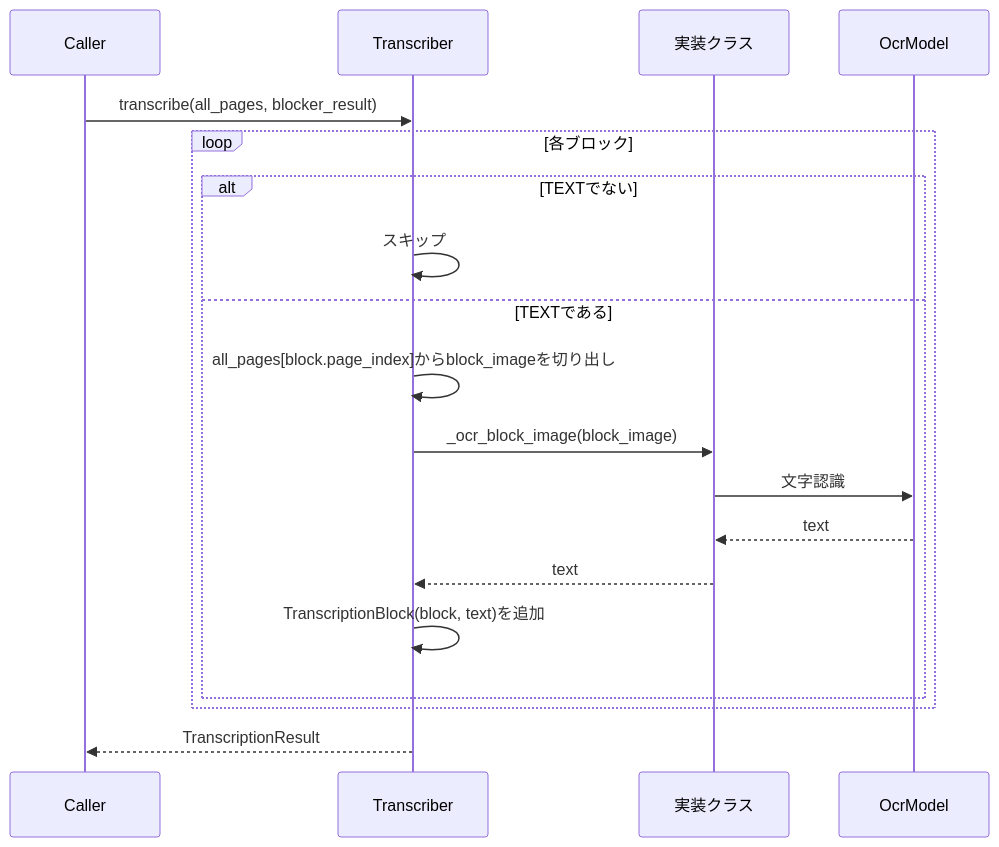
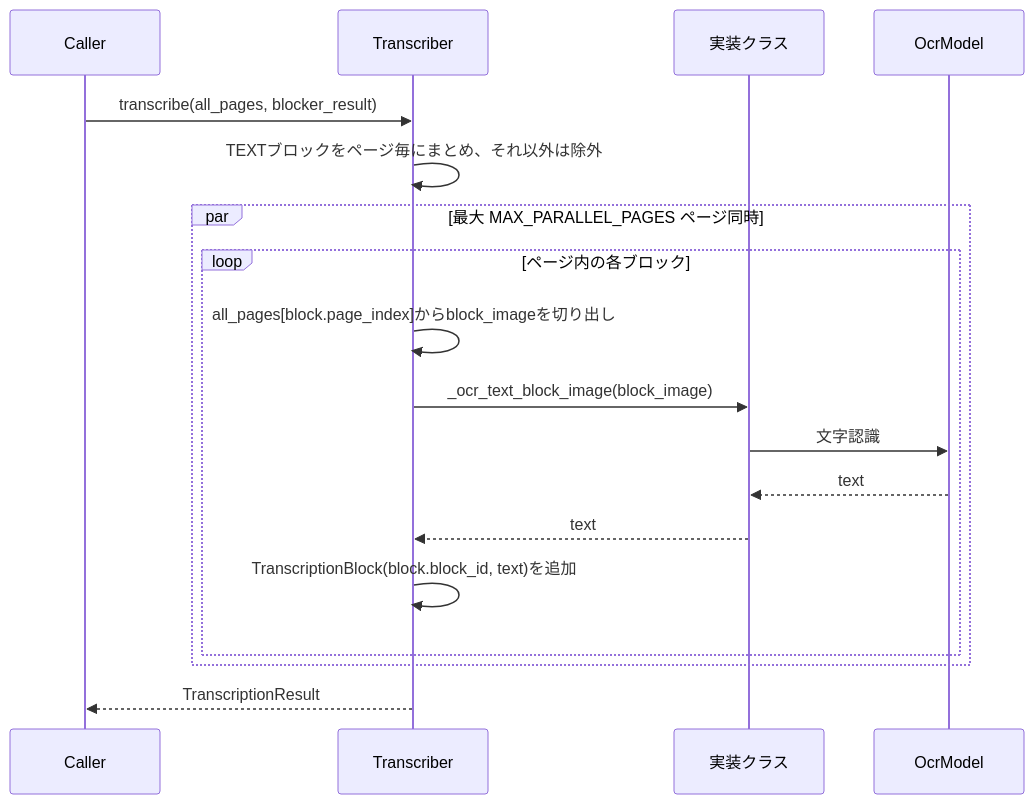
Before and after one commit to konbraphat51/SuperSuat: the second of 2 diagrams in Uploader/OcrModule/Blocked/Docs/Transcriber.ja.md, drawn with Mermaid. The commit also changed other lines of this file and 6 other files, not shown here.

First line of the commit message:
perf: block and transcribe several pages at once

````diff
--- a/Uploader/OcrModule/Blocked/Docs/Transcriber.ja.md
+++ b/Uploader/OcrModule/Blocked/Docs/Transcriber.ja.md
@@ -40,21 +44,20 @@
 ```mermaid
 sequenceDiagram
     participant Caller
     participant Transcriber
     participant 実装クラス
     participant OcrModel
     Caller->>Transcriber: transcribe(all_pages, blocker_result)
-    loop 各ブロック
-        alt TEXTでない
-            Transcriber->>Transcriber: スキップ
-        else TEXTである
+    Transcriber->>Transcriber: TEXTブロックをページ毎にまとめ、それ以外は除外
+    par 最大 MAX_PARALLEL_PAGES ページ同時
+        loop ページ内の各ブロック
             Transcriber->>Transcriber: all_pages[block.page_index]からblock_imageを切り出し
-            Transcriber->>実装クラス: _ocr_block_image(block_image)
+            Transcriber->>実装クラス: _ocr_text_block_image(block_image)
             実装クラス->>OcrModel: 文字認識
             OcrModel-->>実装クラス: text
             実装クラス-->>Transcriber: text
-            Transcriber->>Transcriber: TranscriptionBlock(block, text)を追加
+            Transcriber->>Transcriber: TranscriptionBlock(block.block_id, text)を追加
         end
     end
     Transcriber-->>Caller: TranscriptionResult
 ```
````
